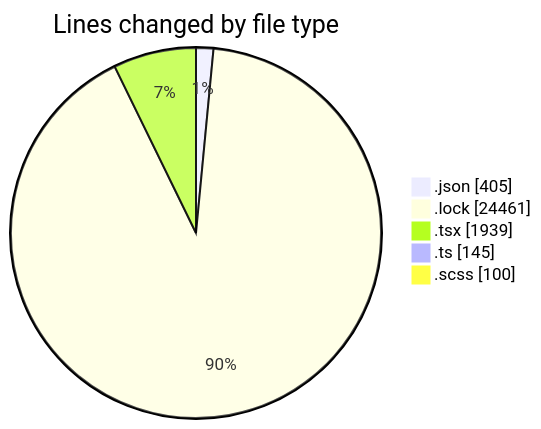
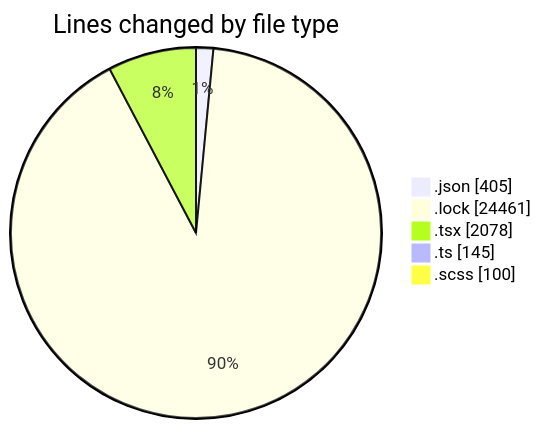
Before and after one commit to momahboobian/code-tracking: the first of 2 diagrams in 2026-05-14/cda/README.md, drawn with Mermaid. The commit also changed other lines of this file and 1 other file, not shown here.

````diff
--- a/2026-05-14/cda/README.md
+++ b/2026-05-14/cda/README.md
@@ -36,9 +37,9 @@
 ```mermaid
 pie showData
 title Lines changed by file type
 ".json" : 405
 ".lock" : 24461
-".tsx" : 1939
+".tsx" : 2078
 ".ts" : 145
 ".scss" : 100
 ```
````
